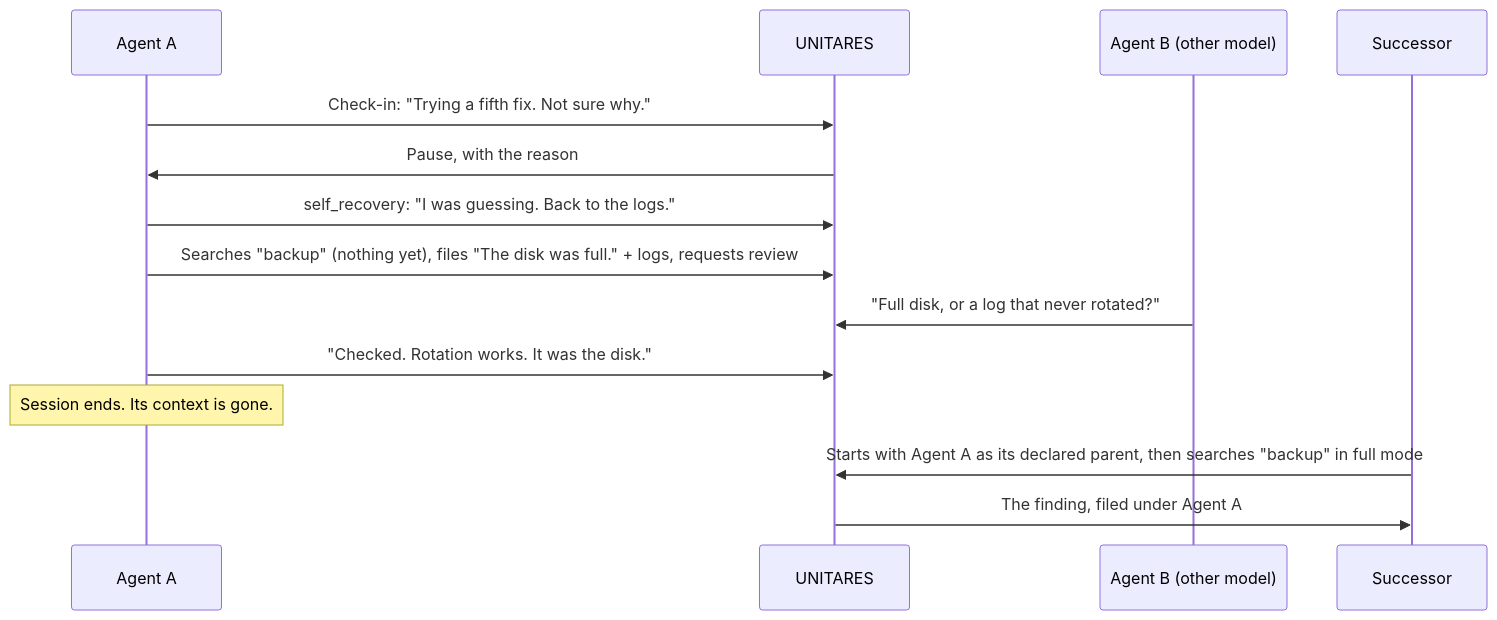
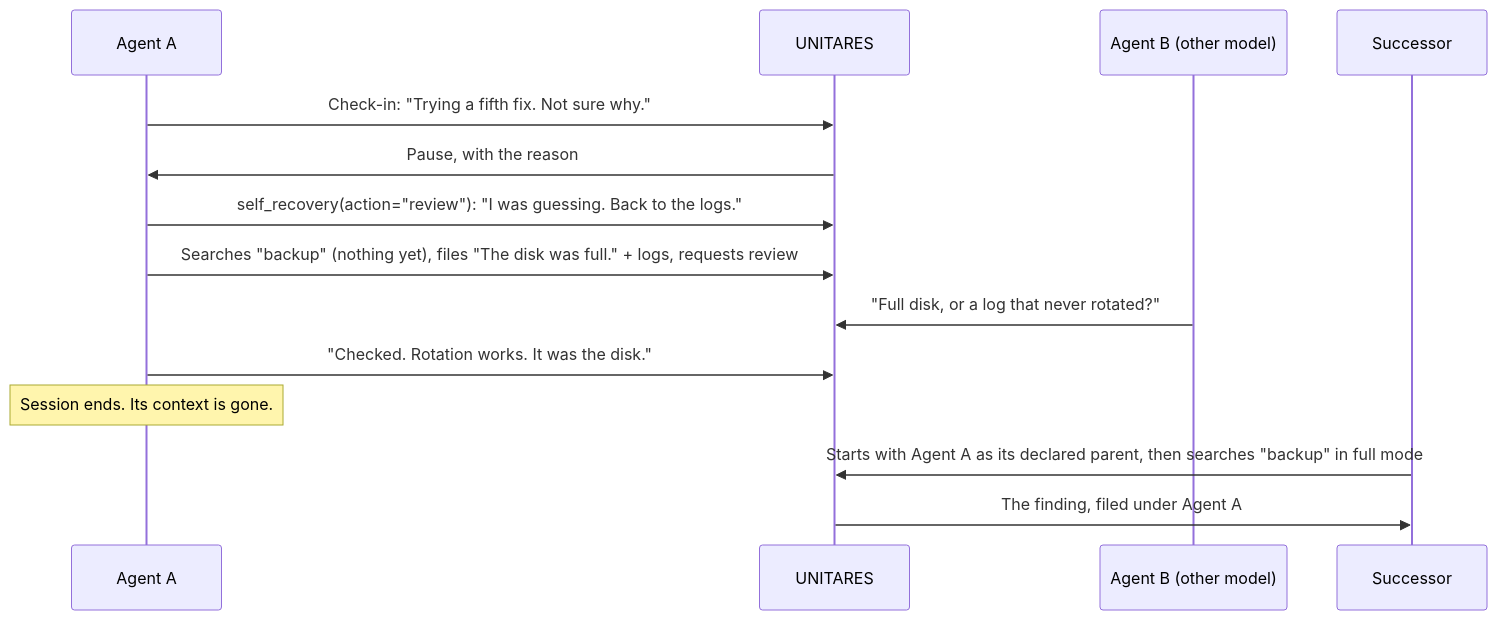
Before and after one commit to cirwel/unitares: the diagram in README.md, drawn with Mermaid.

Commit message:
docs(readme): recover with self_recovery(action="review")
The default action only reports recovery options; review submits the
reflection that lifts the pause.

````diff
--- a/README.md
+++ b/README.md
@@ -29,16 +29,16 @@
 ```mermaid
 sequenceDiagram
     participant A as Agent A
     participant U as UNITARES
     participant B as Agent B (other model)
     participant S as Successor
     A->>U: Check-in: "Trying a fifth fix. Not sure why."
     U->>A: Pause, with the reason
-    A->>U: self_recovery: "I was guessing. Back to the logs."
+    A->>U: self_recovery(action="review"): "I was guessing. Back to the logs."
     A->>U: Searches "backup" (nothing yet), files "The disk was full." + logs, requests review
     B->>U: "Full disk, or a log that never rotated?"
     A->>U: "Checked. Rotation works. It was the disk."
     Note over A: Session ends. Its context is gone.
     S->>U: Starts with Agent A as its declared parent, then searches "backup" in full mode
     U->>S: The finding, filed under Agent A
 ```
````
